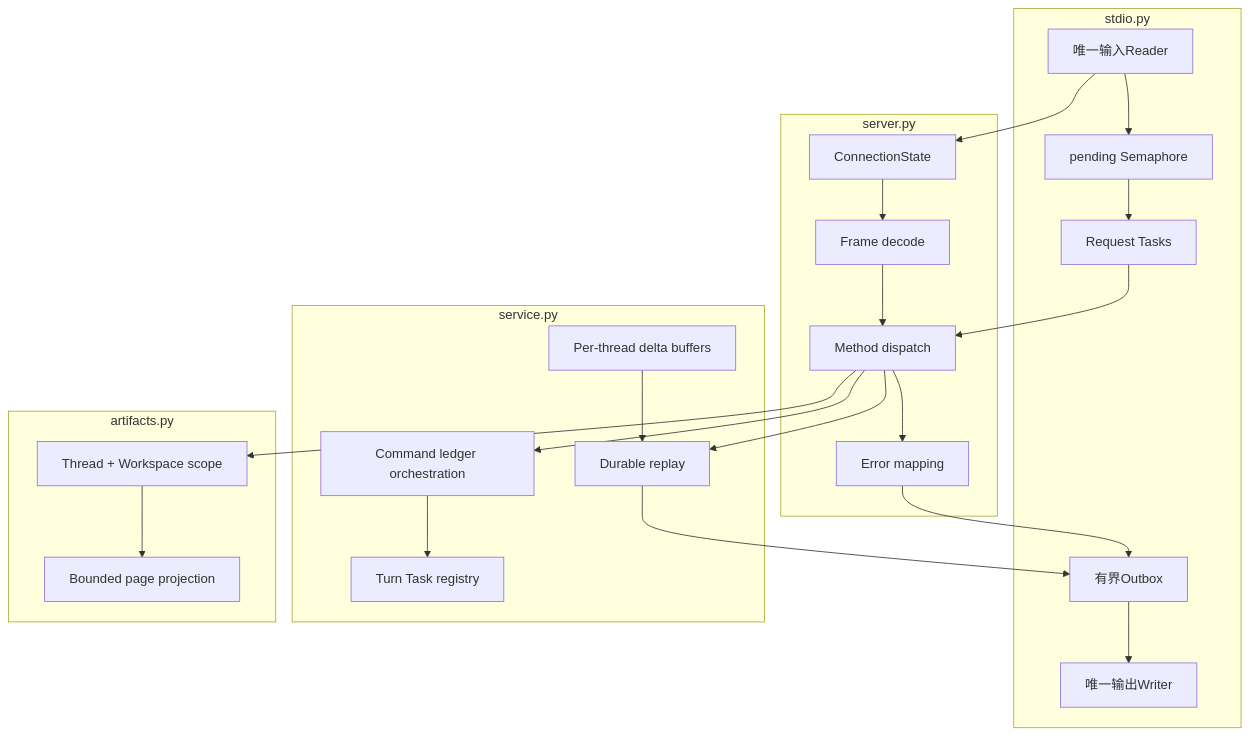
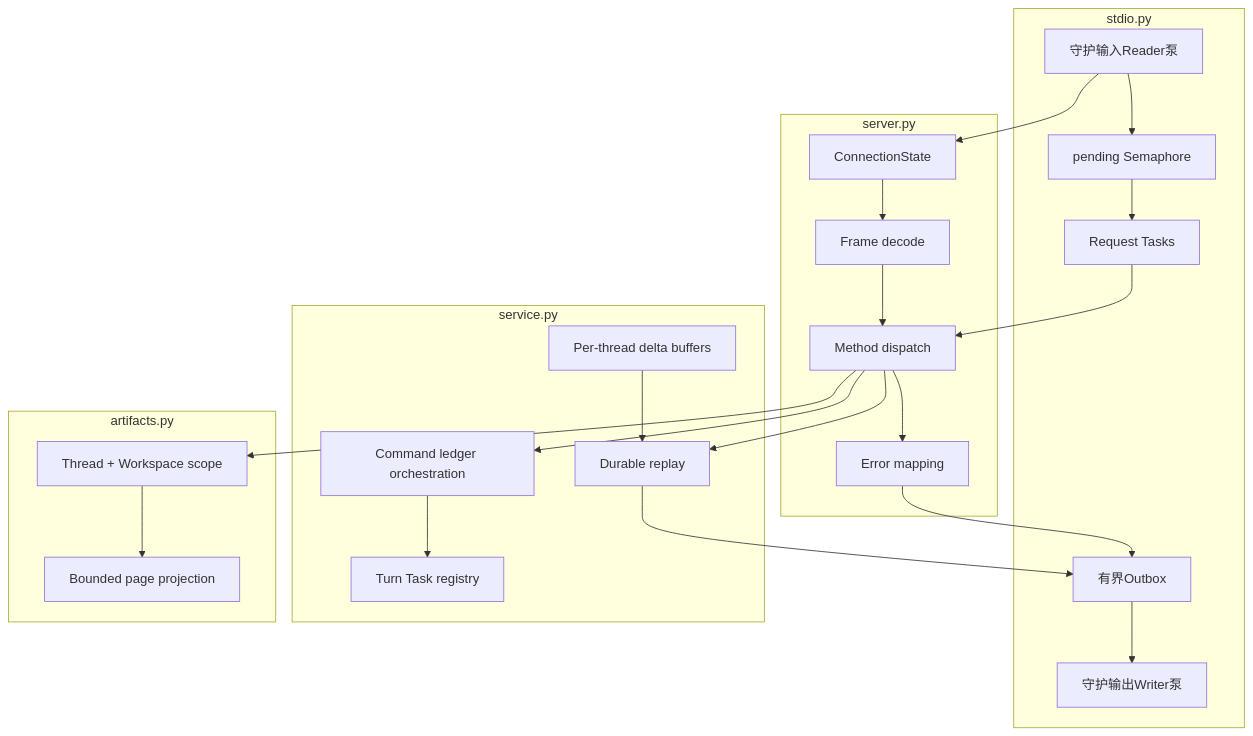
Before and after one commit to carrie1988/Harnessix: the second of 14 diagrams in docs/modules/app-server.md, drawn with Mermaid. The commit also changed other lines of this file and 12 other files, not shown here.

````diff
--- a/docs/modules/app-server.md
+++ b/docs/modules/app-server.md
@@ -196,34 +197,34 @@
 ```mermaid
 flowchart TB
     subgraph Transport["stdio.py"]
-        Reader["唯一输入Reader"]
+        Reader["守护输入Reader泵"]
         Slots["pending Semaphore"]
         Tasks["Request Tasks"]
         Outbox["有界Outbox"]
-        Writer["唯一输出Writer"]
+        Writer["守护输出Writer泵"]
     end
     subgraph Connection["server.py"]
         State["ConnectionState"]
         Decode["Frame decode"]
         Dispatch["Method dispatch"]
         Errors["Error mapping"]
     end
     subgraph Application["service.py"]
         Commands["Command ledger orchestration"]
         Background["Turn Task registry"]
         Replay["Durable replay"]
         Deltas["Per-thread delta buffers"]
     end
     subgraph ArtifactBoundary["artifacts.py"]
         Scope["Thread + Workspace scope"]
         Pages["Bounded page projection"]
     end
     Reader --> State --> Decode --> Dispatch --> Commands
     Reader --> Slots --> Tasks --> Dispatch
     Commands --> Background
     Dispatch --> Replay
     Dispatch --> Scope --> Pages
     Dispatch --> Errors --> Outbox --> Writer
     Replay --> Outbox
     Deltas --> Replay
 ```
````
